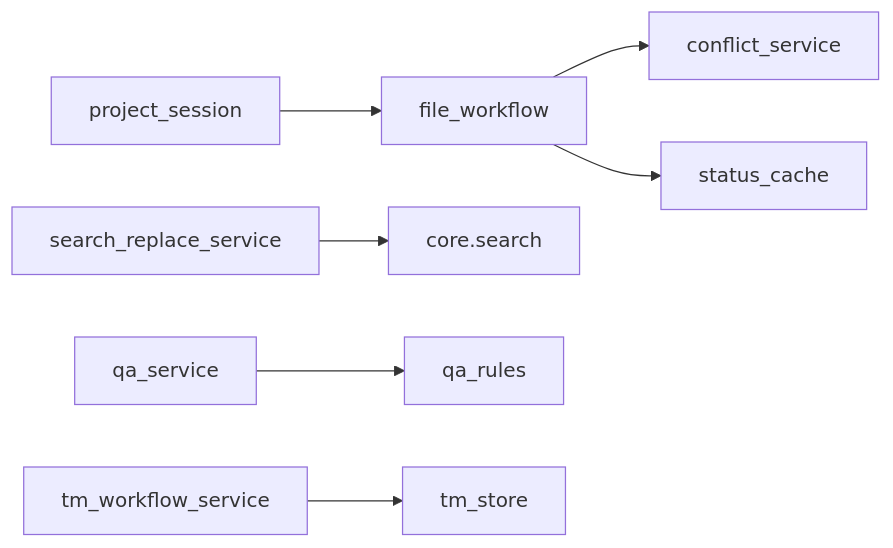
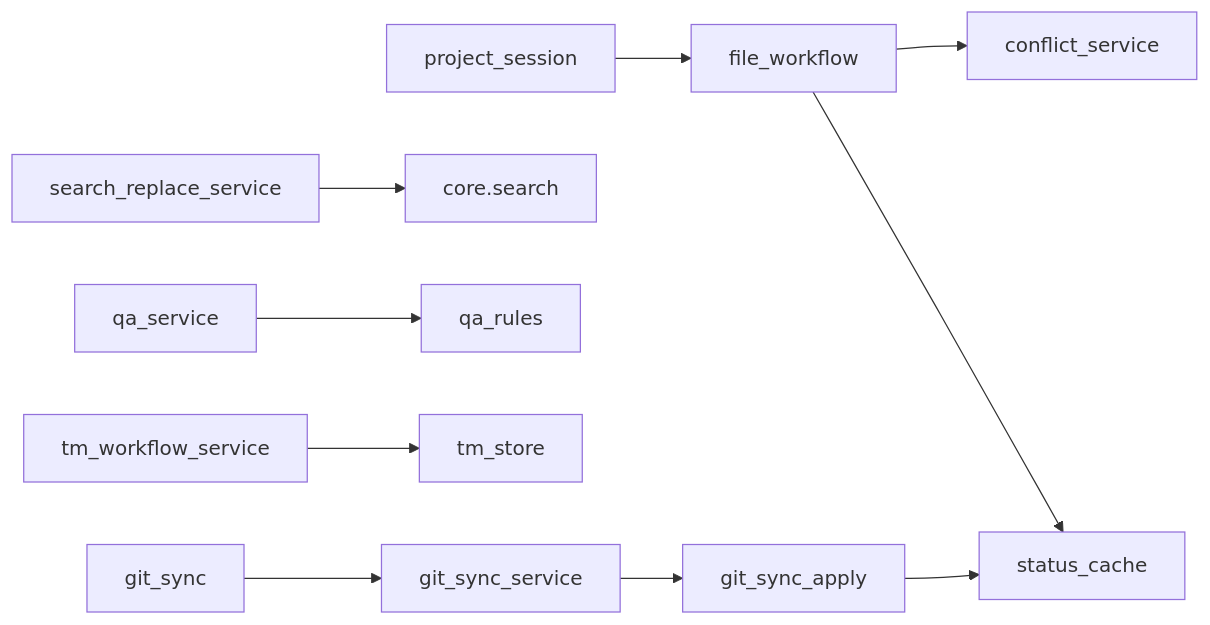
Before and after one commit to PlagaMedicum/TranslationZed-py: the second of 2 diagrams in docs/architecture/overview.md, drawn with Mermaid. The commit also changed other lines of this file and 13 other files, not shown here.

First line of the commit message:
Apply resolved Git synchronization through safe caches

````diff
--- a/docs/architecture/overview.md
+++ b/docs/architecture/overview.md
@@ -45,9 +46,11 @@
 ```mermaid
 flowchart LR
   PS[project_session] --> FW[file_workflow]
   FW --> CS[conflict_service]
   FW --> SC[status_cache]
   SR[search_replace_service] --> SEARCH[core.search]
   QA[qa_service] --> RULES[qa_rules]
   TMW[tm_workflow_service] --> TMS[tm_store]
+  GI[git_sync] --> GP[git_sync_service] --> GA[git_sync_apply]
+  GA --> SC
 ```
````
